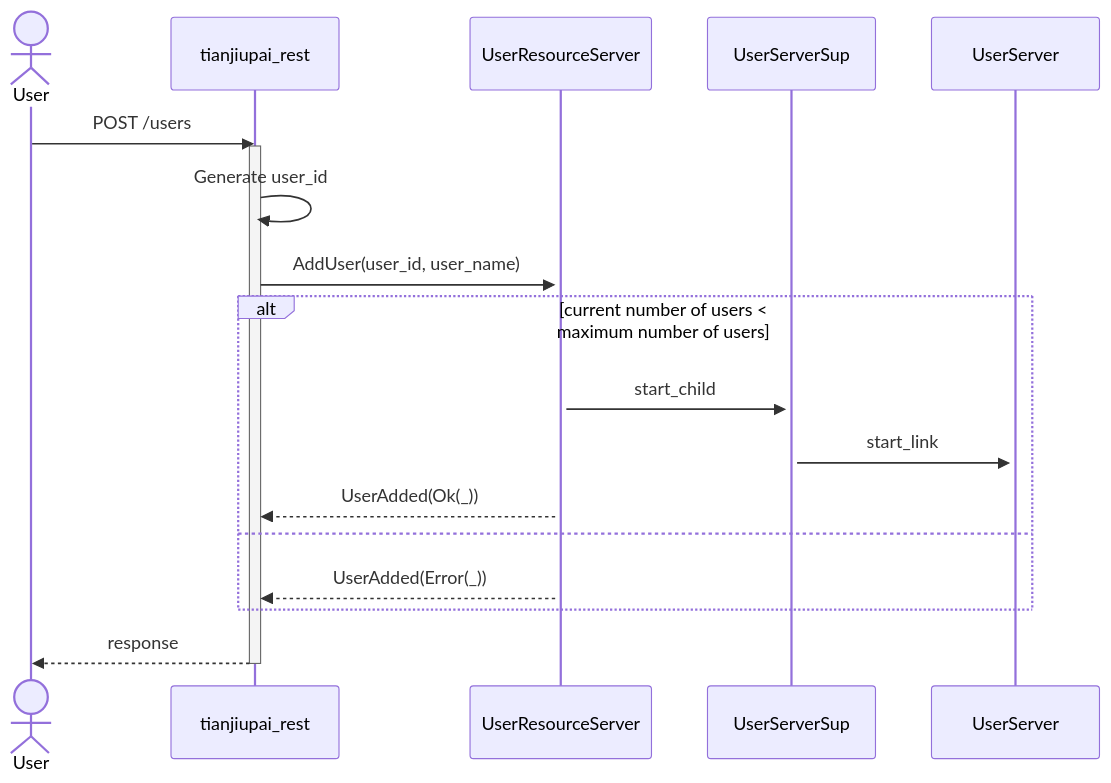
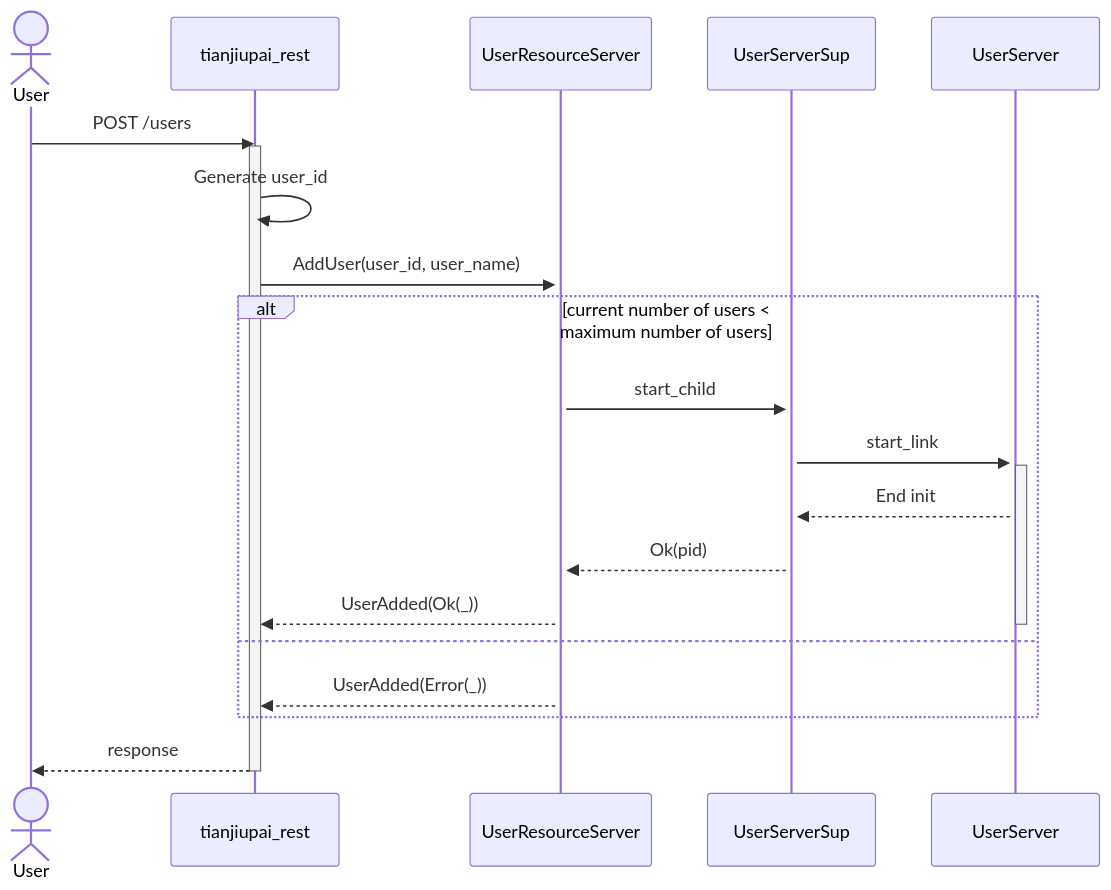
Before and after one commit to gfngfn/game_tianjiupai: the first of 2 diagrams in docs/ARCHITECTURE.md, drawn with Mermaid. The commit also changed other lines of this file, not shown here.

Commit message:
slight modification (2)

````diff
--- a/docs/ARCHITECTURE.md
+++ b/docs/ARCHITECTURE.md
@@ -5,26 +5,30 @@
 ```mermaid
 sequenceDiagram
   actor User
   participant tianjiupai_rest
   participant UserResourceServer
   participant UserServerSup
   participant UserServer
   activate UserResourceServer
   activate UserServerSup
   activate UserServer
 
   User ->> tianjiupai_rest : POST /users
   activate tianjiupai_rest
   tianjiupai_rest ->> tianjiupai_rest : Generate user_id
   tianjiupai_rest ->> UserResourceServer : AddUser(user_id, user_name)
   alt current number of users < maximum number of users
     UserResourceServer ->> UserServerSup : start_child
     UserServerSup ->> UserServer : start_link
     activate UserServer
+    UserServer -->> UserServerSup : End init
+    UserServerSup -->> UserResourceServer : Ok(pid)
     UserResourceServer -->> tianjiupai_rest : UserAdded(Ok(_))
+    deactivate UserServer
+    %% the deactivation above is needed only because of the end of this alt-branch.
   else
     UserResourceServer -->> tianjiupai_rest : UserAdded(Error(_))
   end
   tianjiupai_rest -->> User : response
   deactivate tianjiupai_rest
 ```
````
